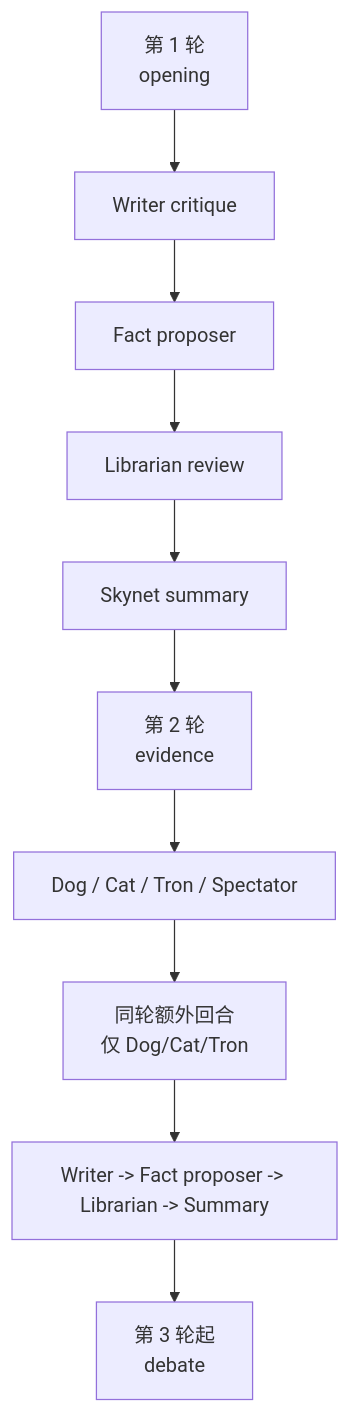
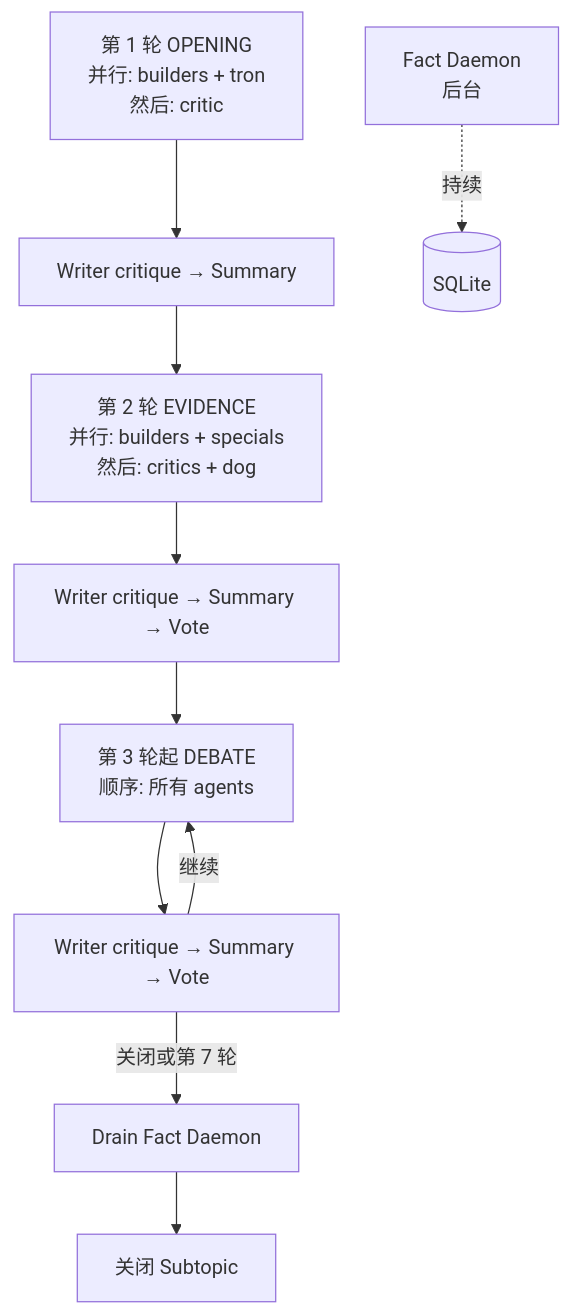
The second of 2 diagrams in README_CN.md (G-R-O-X/Grox_chat), drawn with Mermaid before and after one commit. The commit also changed other lines of this file and 2 other files, not shown here.

First line of the commit message:
docs: update README, README_CN, and DESIGN for parallel execution, fact daemon, and citation protocol

````diff
--- a/README_CN.md
+++ b/README_CN.md
@@ -116,12 +136,12 @@
 ```mermaid
 flowchart TD
-    R1[第 1 轮<br/>opening] --> W1[Writer critique]
-    W1 --> FP1[Fact proposer]
-    FP1 --> L1[Librarian review]
-    L1 --> S1[Skynet summary]
-    S1 --> R2[第 2 轮<br/>evidence]
-    R2 --> NPC2[Dog / Cat / Tron / Spectator]
-    NPC2 --> Extra2[同轮额外回合<br/>仅 Dog/Cat/Tron]
-    Extra2 --> W2[Writer -> Fact proposer -> Librarian -> Summary]
-    W2 --> R3[第 3 轮起<br/>debate]
+    R1[第 1 轮 OPENING<br/>并行: builders + tron<br/>然后: critic] --> W1[Writer critique → Summary]
+    W1 --> R2[第 2 轮 EVIDENCE<br/>并行: builders + specials<br/>然后: critics + dog]
+    R2 --> W2[Writer critique → Summary → Vote]
+    W2 --> R3[第 3 轮起 DEBATE<br/>顺序: 所有 agents]
+    R3 --> W3[Writer critique → Summary → Vote]
+    W3 -->|继续| R3
+    W3 -->|关闭或第 7 轮| Drain[Drain Fact Daemon]
+    Drain --> Close[关闭 Subtopic]
+    Daemon[Fact Daemon<br/>后台] -.->|持续| DB[(SQLite)]
 ```
````
